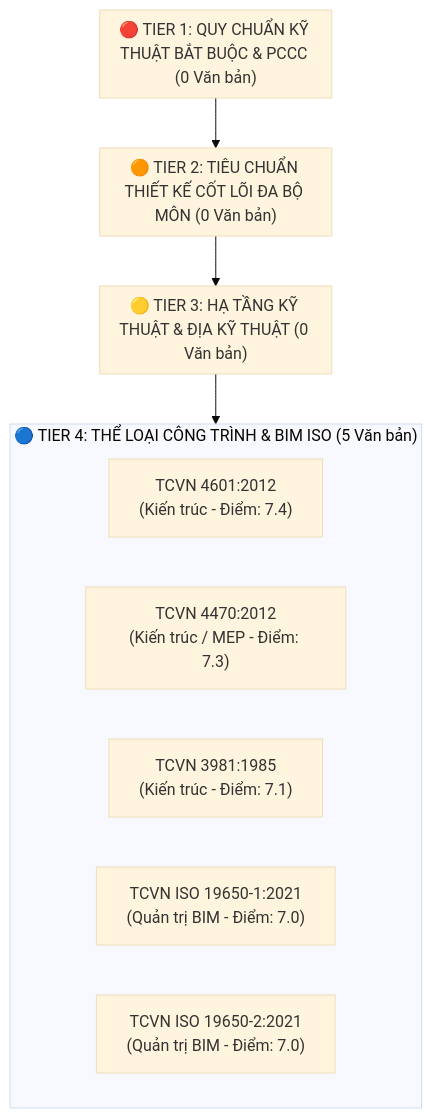
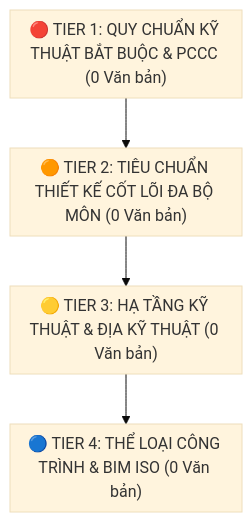
Before and after one commit to vvChu/ccba-legal-knowledge: the diagram in .md/knowledge/expansion_roadmap.md, drawn with Mermaid (base theme). The commit also changed other lines of this file and 460 other files, not shown here.

````diff
--- a/.md/knowledge/expansion_roadmap.md
+++ b/.md/knowledge/expansion_roadmap.md
@@ -23,23 +23,18 @@
 ```mermaid
 graph TD
     subgraph T1["🔴 TIER 1: QUY CHUẨN KỸ THUẬT BẮT BUỘC & PCCC (0 Văn bản)"]
     end
 
     subgraph T2["🟠 TIER 2: TIÊU CHUẨN THIẾT KẾ CỐT LÕI ĐA BỘ MÔN (0 Văn bản)"]
     end
 
     subgraph T3["🟡 TIER 3: HẠ TẦNG KỸ THUẬT & ĐỊA KỸ THUẬT (0 Văn bản)"]
     end
 
-    subgraph T4["🔵 TIER 4: THỂ LOẠI CÔNG TRÌNH & BIM ISO (5 Văn bản)"]
-        T4_1["TCVN 4601:2012<br/>(Kiến trúc - Điểm: 7.4)"]
-        T4_2["TCVN 4470:2012<br/>(Kiến trúc / MEP - Điểm: 7.3)"]
-        T4_3["TCVN 3981:1985<br/>(Kiến trúc - Điểm: 7.1)"]
-        T4_4["TCVN ISO 19650-1:2021<br/>(Quản trị BIM - Điểm: 7.0)"]
-        T4_5["TCVN ISO 19650-2:2021<br/>(Quản trị BIM - Điểm: 7.0)"]
+    subgraph T4["🔵 TIER 4: THỂ LOẠI CÔNG TRÌNH & BIM ISO (0 Văn bản)"]
     end
 
     T1 --> T2
     T2 --> T3
     T3 --> T4
 ```
````
